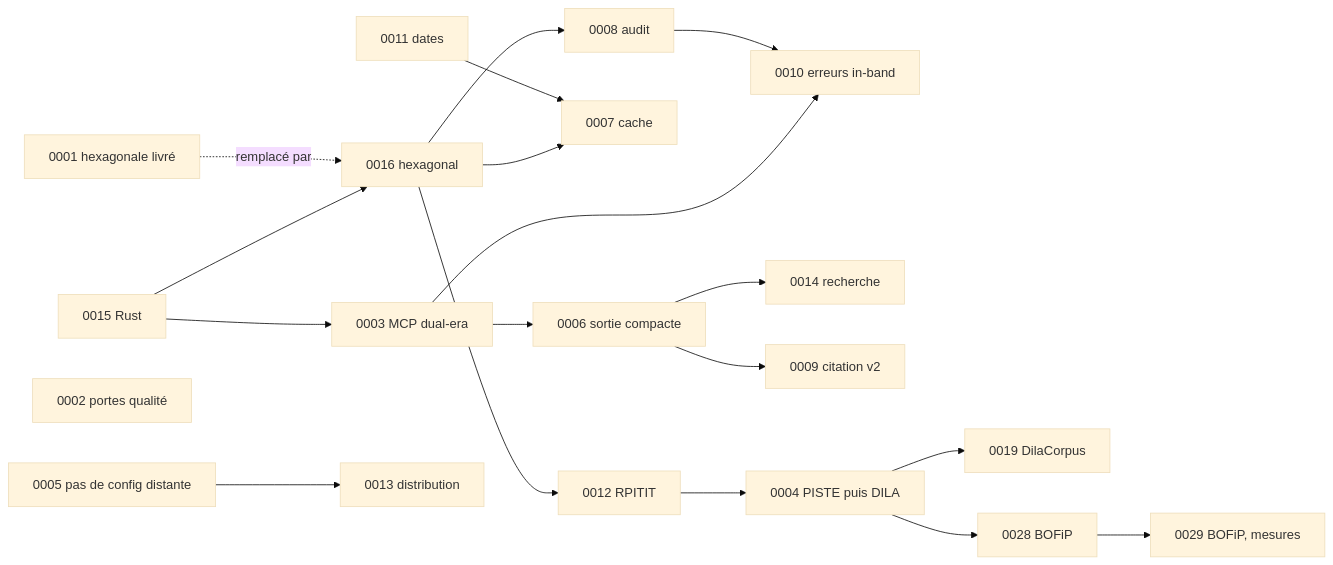
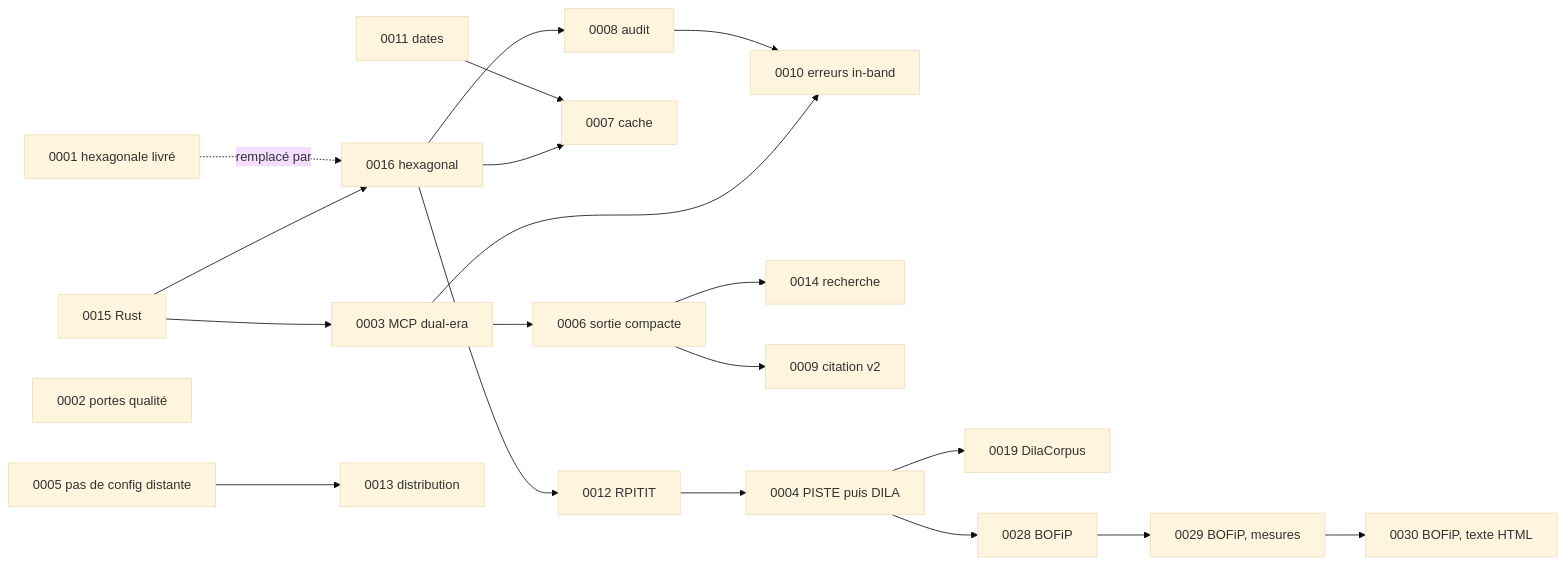
One commit to muchiny/mcp-legifrance changed the second of 2 diagrams in docs/adr/README.md. Above: the diagram before and after it, drawn with Mermaid (base theme). The commit also changed other lines of this file and 6 other files, not shown here.

First line of the commit message:
docs(adr): ADR-0030, le texte du BOFiP lu dans le champ HTML du jeu (AM-97)

````diff
--- a/docs/adr/README.md
+++ b/docs/adr/README.md
@@ -150,21 +152,22 @@
 ```mermaid
 graph LR
     A15[0015 Rust] --> A16[0016 hexagonal]
     A01[0001 hexagonale livré] -. remplacé par .-> A16
     A02[0002 portes qualité]
     A16 --> A12[0012 RPITIT]
     A16 --> A7[0007 cache]
     A16 --> A8[0008 audit]
     A15 --> A3[0003 MCP dual-era]
     A3 --> A6[0006 sortie compacte]
     A3 --> A10[0010 erreurs in-band]
     A6 --> A14[0014 recherche]
     A6 --> A9[0009 citation v2]
     A12 --> A4[0004 PISTE puis DILA]
     A4 --> A19[0019 DilaCorpus]
     A4 --> A28[0028 BOFiP]
     A28 --> A29[0029 BOFiP, mesures]
+    A29 --> A30[0030 BOFiP, texte HTML]
     A11[0011 dates] --> A7
     A5[0005 pas de config distante] --> A13[0013 distribution]
     A8 --> A10
 ```
````
